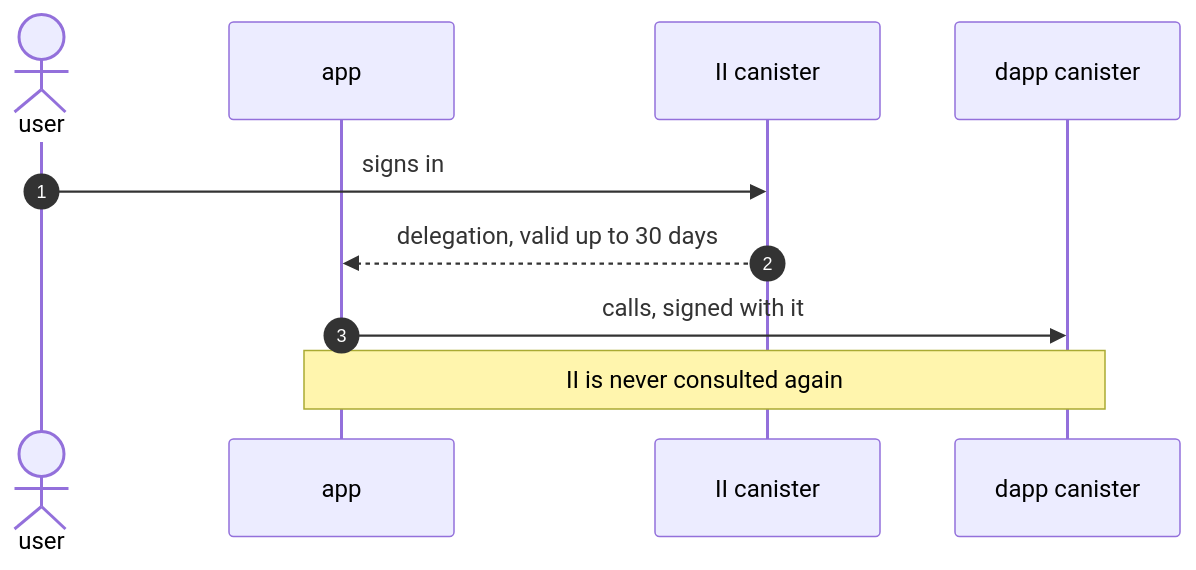
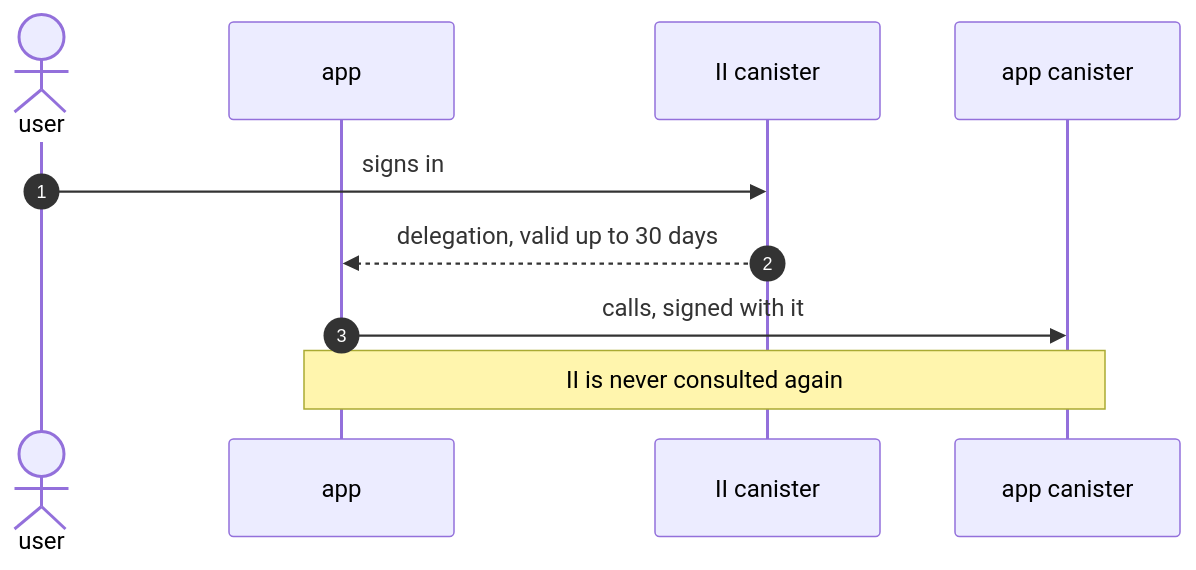
The diagram in docs/ongoing/revocable-app-sessions.md (dfinity/internet-identity), drawn with Mermaid before and after one commit. The commit also changed other lines of this file and 1 other file, not shown here.

````diff
--- a/docs/ongoing/revocable-app-sessions.md
+++ b/docs/ongoing/revocable-app-sessions.md
@@ -33,12 +33,12 @@
 ```mermaid
 sequenceDiagram
     autonumber
     actor U as user
     participant A as app
     participant II as II canister
-    participant D as dapp canister
+    participant D as app canister
     U->>II: signs in
     II-->>A: delegation, valid up to 30 days
     A->>D: calls, signed with it
     Note over A,D: II is never consulted again
 ```
````
